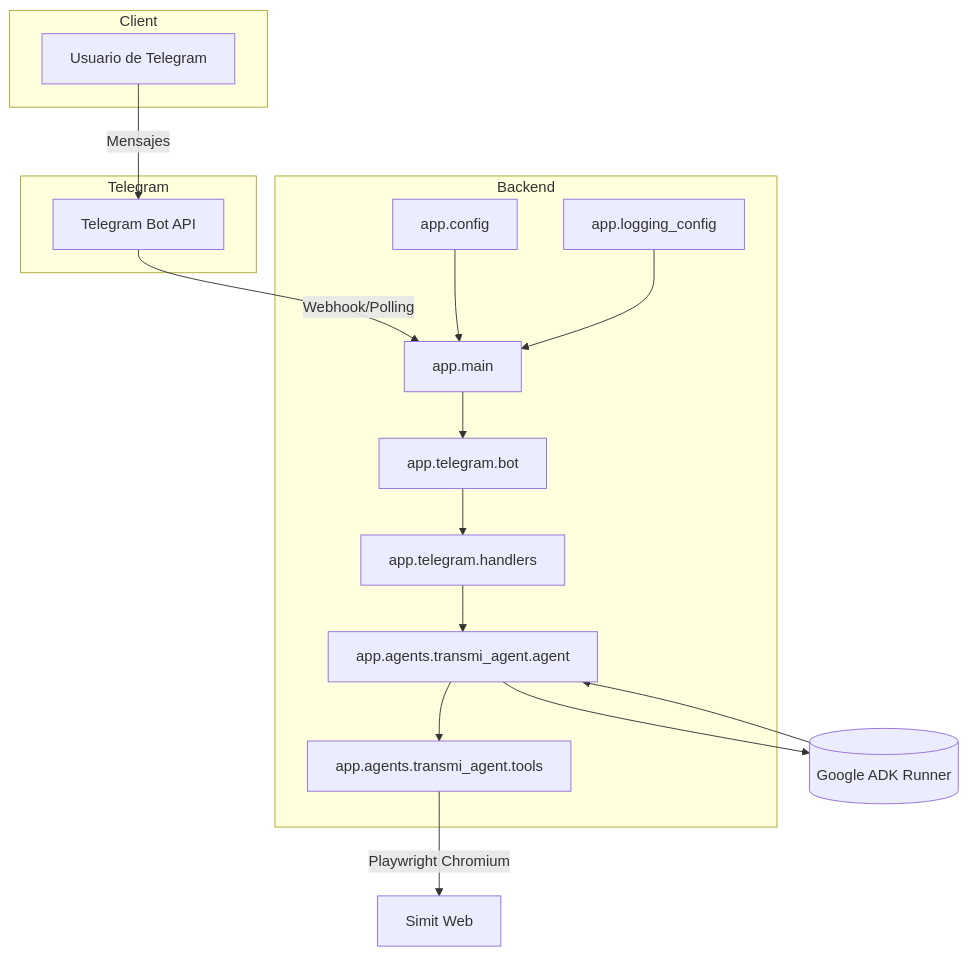
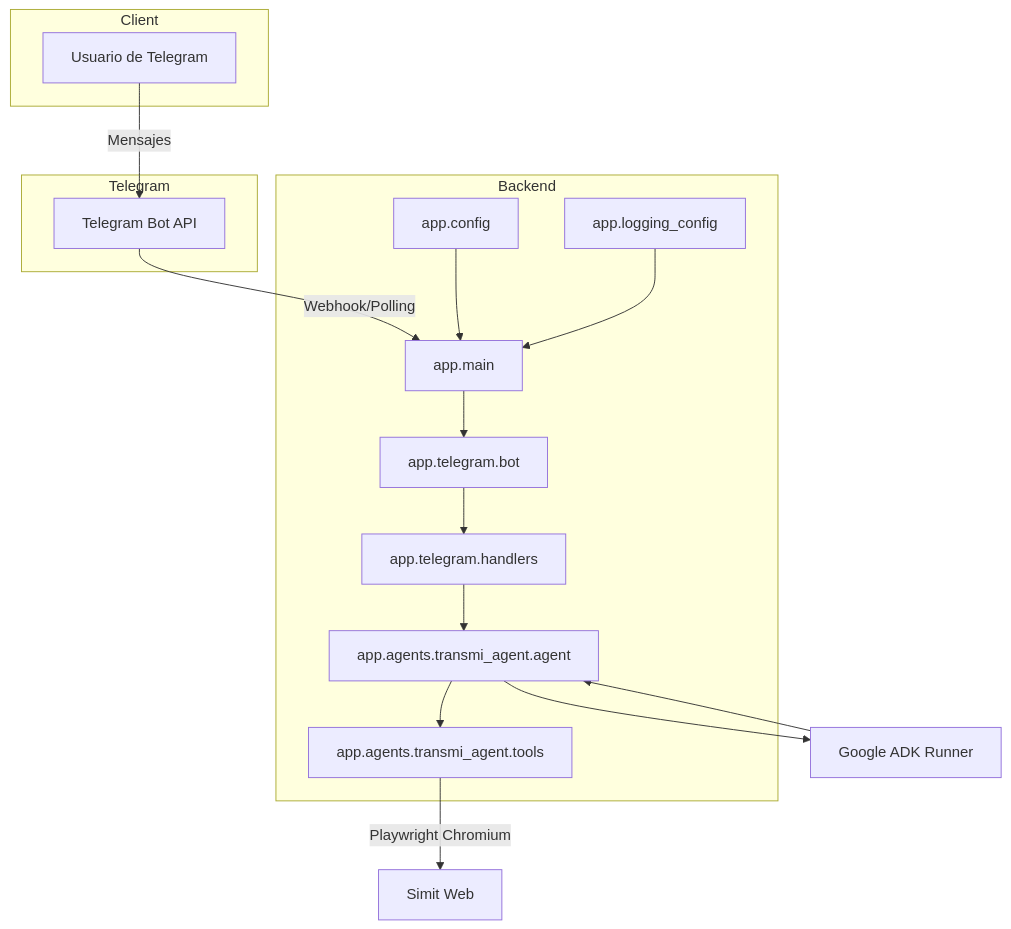
Before and after one commit to bue221/transmiBot: the fifth of 5 diagrams in docs/architecture.md, drawn with Mermaid. The commit also changed other lines of this file, not shown here.

Commit message:
Fix formatting in architecture diagram in markdown

````diff
--- a/docs/architecture.md
+++ b/docs/architecture.md
@@ -203,29 +203,29 @@
 ```mermaid
 flowchart TD
     subgraph Client
         User[Usuario de Telegram]
     end
 
     subgraph Telegram
         BotAPI[Telegram Bot API]
     end
 
     subgraph Backend
         Main[app.main]
         Bot[app.telegram.bot]
         Handlers[app.telegram.handlers]
         Agent[app.agents.transmi_agent.agent]
         Tools[app.agents.transmi_agent.tools]
         Logging[app.logging_config]
         Config[app.config]
     end
 
-    GoogleADK[(Google ADK Runner)]
+    GoogleADK[Google ADK Runner]
     Simit[Simit Web]
 
     User -->|Mensajes| BotAPI -->|Webhook/Polling| Main --> Bot --> Handlers --> Agent
     Agent --> GoogleADK --> Agent
     Agent --> Tools -->|Playwright Chromium| Simit
     Config --> Main
     Logging --> Main
 ```
````
